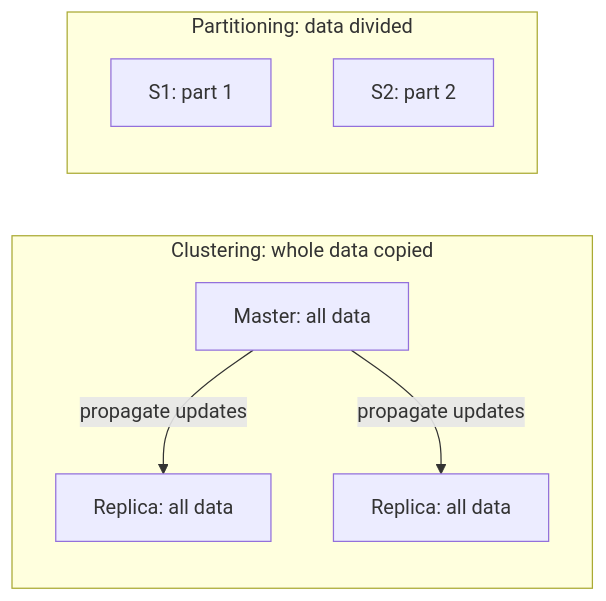
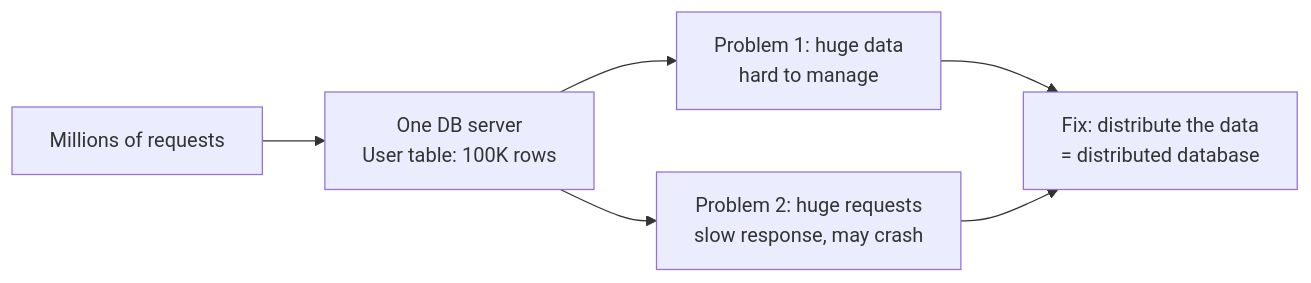
Before and after one commit to aaryan-pradhan/core-cs-fundamentals: the first of 10 diagrams in dbms/18-partitioning-sharding.md, drawn with Mermaid. The commit also changed other lines of this file, not shown here.

````diff
--- a/dbms/18-partitioning-sharding.md
+++ b/dbms/18-partitioning-sharding.md
@@ -31,13 +9,8 @@
 ```mermaid
 flowchart LR
-  subgraph C["Clustering: whole data copied"]
-    direction TB
-    M["Master: all data"] -- "propagate updates" --> R1["Replica: all data"]
-    M -- "propagate updates" --> R2["Replica: all data"]
-  end
-  subgraph P["Partitioning: data divided"]
-    direction TB
-    P1["S1: part 1"]
-    P2["S2: part 2"]
-  end
+  U["Millions of requests"] --> S["One DB server<br/>User table: 100K rows"]
+  S --> P1["Problem 1: huge data<br/>hard to manage"]
+  S --> P2["Problem 2: huge requests<br/>slow response, may crash"]
+  P1 --> F["Fix: distribute the data<br/>= distributed database"]
+  P2 --> F
 ```
````
